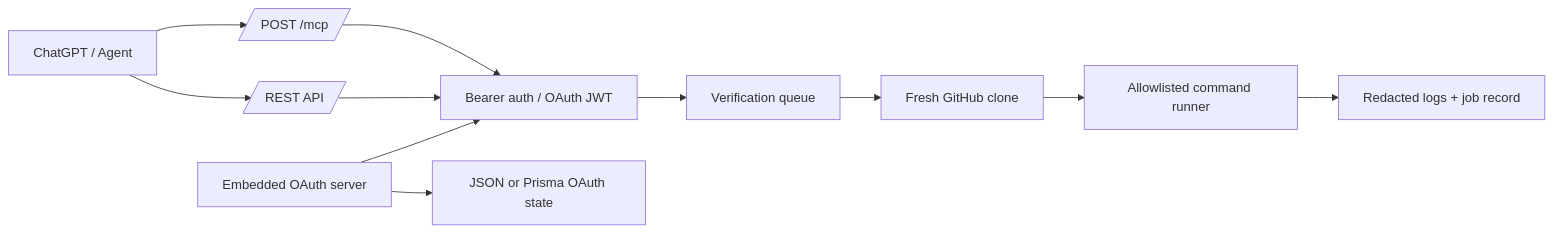
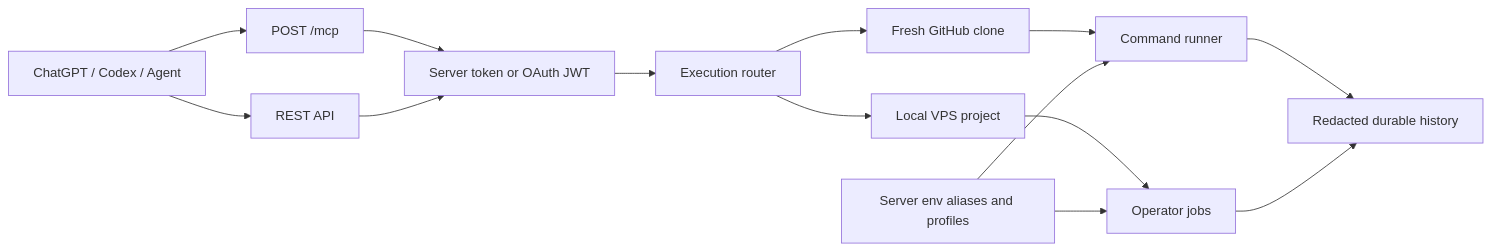
One commit to 0xheycat/Purr-Verify-MCP changed the diagram in README.md. Above: the diagram before and after it, drawn with Mermaid. The commit also changed other lines of this file and 4 other files, not shown here.

Commit message:
[gpt5.5] docs(verify): refresh private operator docs and branding

````diff
--- a/README.md
+++ b/README.md
@@ -78,13 +46,16 @@
 ```mermaid
 flowchart LR
-  Client[ChatGPT / Agent] --> MCP[/POST /mcp/]
-  Client --> REST[/REST API/]
-  MCP --> Auth[Bearer auth / OAuth JWT]
+  Agent[ChatGPT / Codex / Agent] --> MCP[POST /mcp]
+  Agent --> REST[REST API]
+  MCP --> Auth[Server token or OAuth JWT]
   REST --> Auth
-  Auth --> Queue[Verification queue]
-  Queue --> Clone[Fresh GitHub clone]
-  Clone --> Runner[Allowlisted command runner]
-  Runner --> Logs[Redacted logs + job record]
-  OAuth[Embedded OAuth server] --> Auth
-  OAuth --> State[JSON or Prisma OAuth state]
+  Auth --> Router[Execution router]
+  Router --> Clone[Fresh GitHub clone]
+  Router --> Local[Local VPS project]
+  Clone --> Runner[Command runner]
+  Local --> Operator[Operator jobs]
+  Runner --> History[Redacted durable history]
+  Operator --> History
+  Profiles[Server env aliases and profiles] --> Runner
+  Profiles --> Operator
 ```
````
